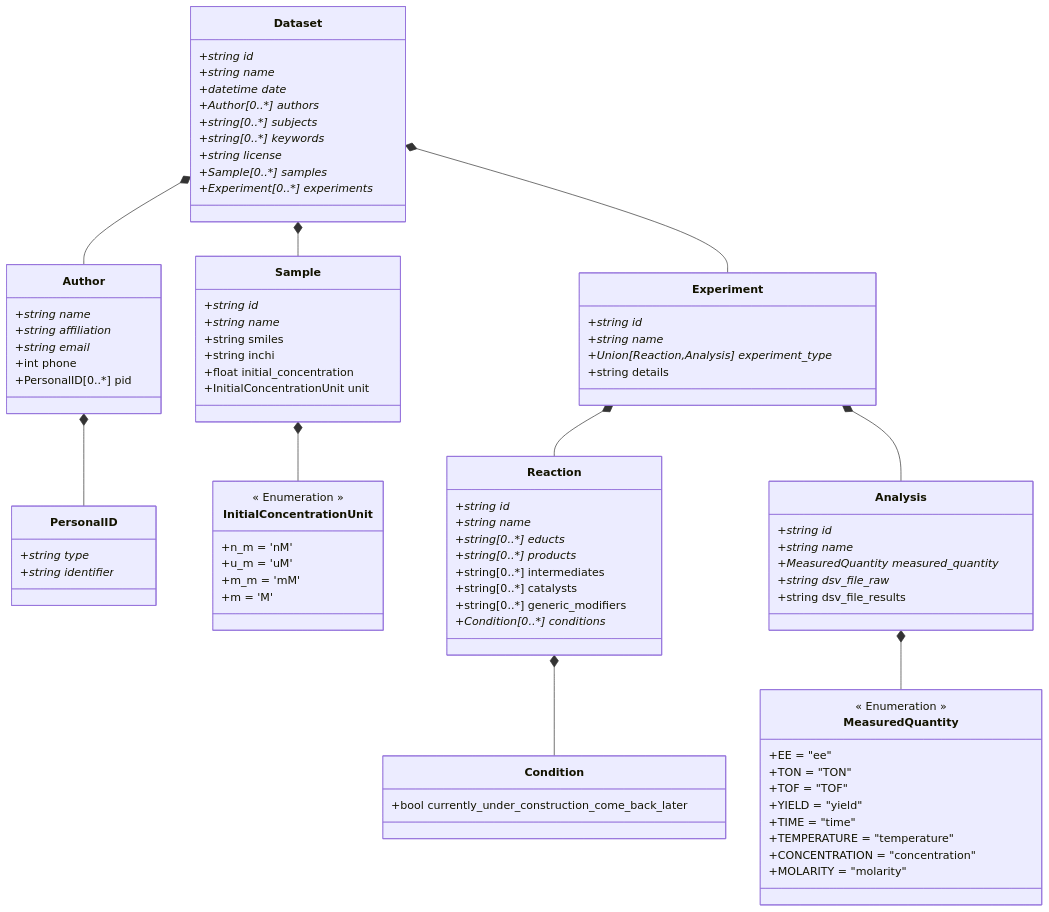
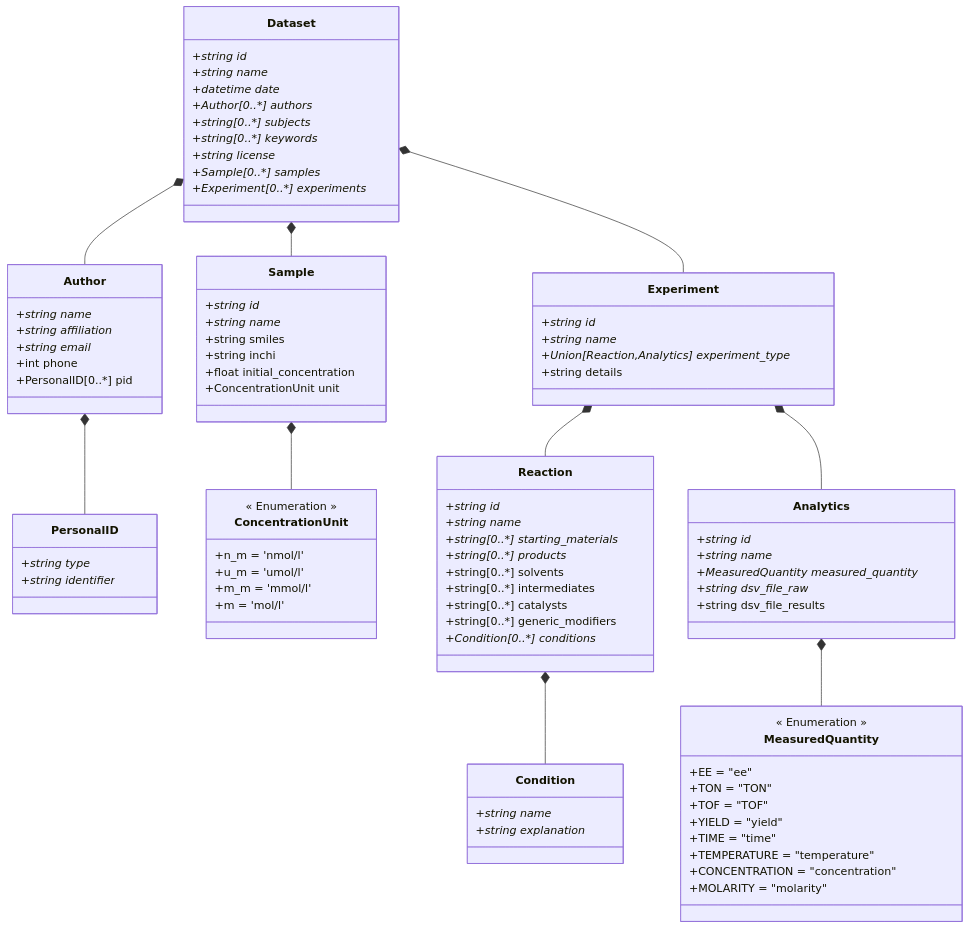
One commit to FAIRChemistry/datamodel_b06 changed the diagram in DatamodelB06/schemes/Data model for CRC 1333 project B06.md. Above: the diagram before and after it, drawn with Mermaid. The commit also changed 3 other files, not shown here.

```diff
--- a/DatamodelB06/schemes/Data model for CRC 1333 project B06.md
+++ b/DatamodelB06/schemes/Data model for CRC 1333 project B06.md
@@ -4,11 +4,11 @@
     Dataset *-- Sample
     Dataset *-- Experiment
     Author *-- PersonalID
-    Sample *-- InitialConcentrationUnit
+    Sample *-- ConcentrationUnit
     Experiment *-- Reaction
-    Experiment *-- Analysis
+    Experiment *-- Analytics
     Reaction *-- Condition
-    Analysis *-- MeasuredQuantity
+    Analytics *-- MeasuredQuantity
     
     class Dataset {
         +string id*
@@ -41,21 +41,22 @@
         +string smiles
         +string inchi
         +float initial_concentration
-        +InitialConcentrationUnit unit
+        +ConcentrationUnit unit
     }
     
     class Experiment {
         +string id*
         +string name*
-        +Union[Reaction,Analysis] experiment_type*
+        +Union[Reaction,Analytics] experiment_type*
         +string details
     }
     
     class Reaction {
         +string id*
         +string name*
-        +string[0..*] educts*
+        +string[0..*] starting_materials*
         +string[0..*] products*
+        +string[0..*] solvents
         +string[0..*] intermediates
         +string[0..*] catalysts
         +string[0..*] generic_modifiers
@@ -63,10 +64,11 @@
     }
     
     class Condition {
-        +bool currently_under_construction_come_back_later
+        +string name*
+        +string explanation*
     }
     
-    class Analysis {
+    class Analytics {
         +string id*
         +string name*
         +MeasuredQuantity measured_quantity*
@@ -74,12 +76,12 @@
         +string dsv_file_results
     }
     
-    class InitialConcentrationUnit {
+    class ConcentrationUnit {
         << Enumeration >>
-        +n_m = 'nM'
-        +u_m = 'uM'
-        +m_m = 'mM'
-        +m = 'M'
+        +n_m = 'nmol/l'
+        +u_m = 'umol/l'
+        +m_m = 'mmol/l'
+        +m = 'mol/l'
     }
     
     class MeasuredQuantity {
```
